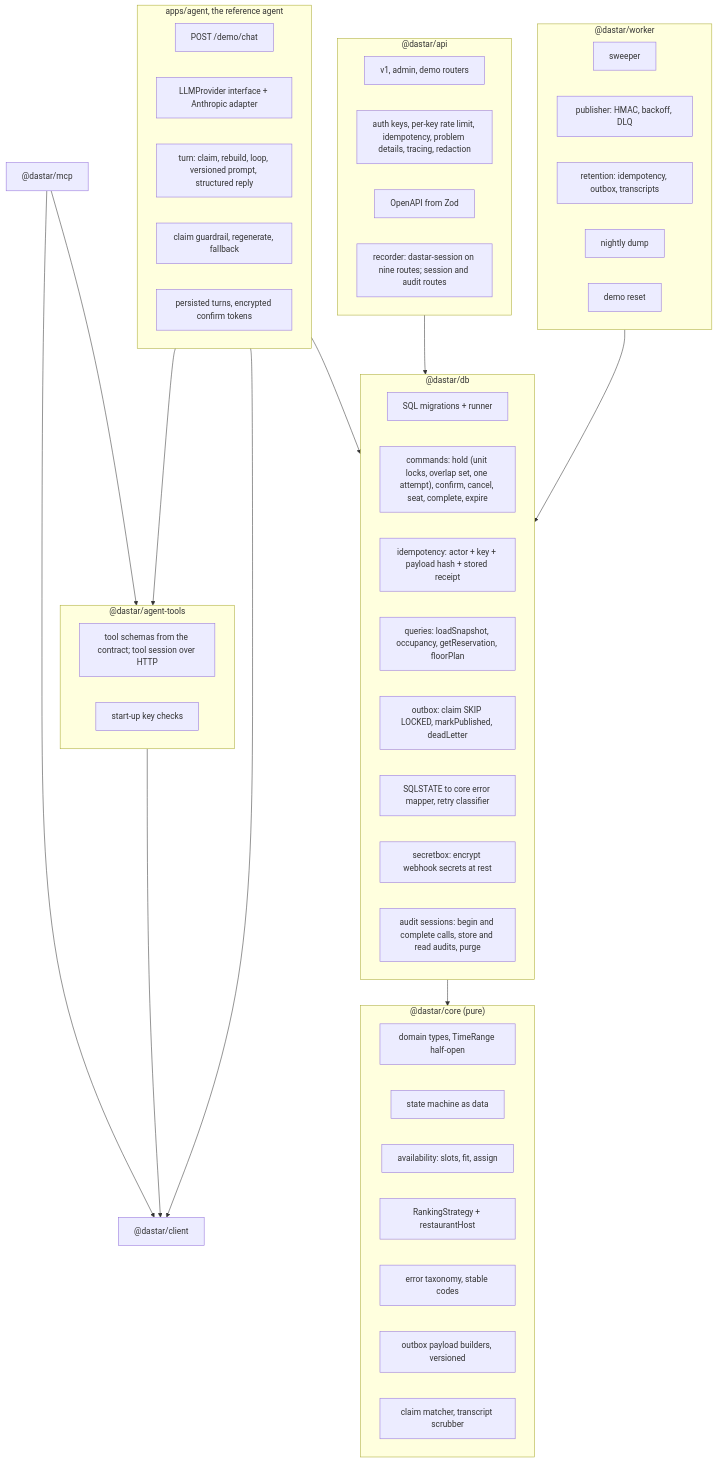
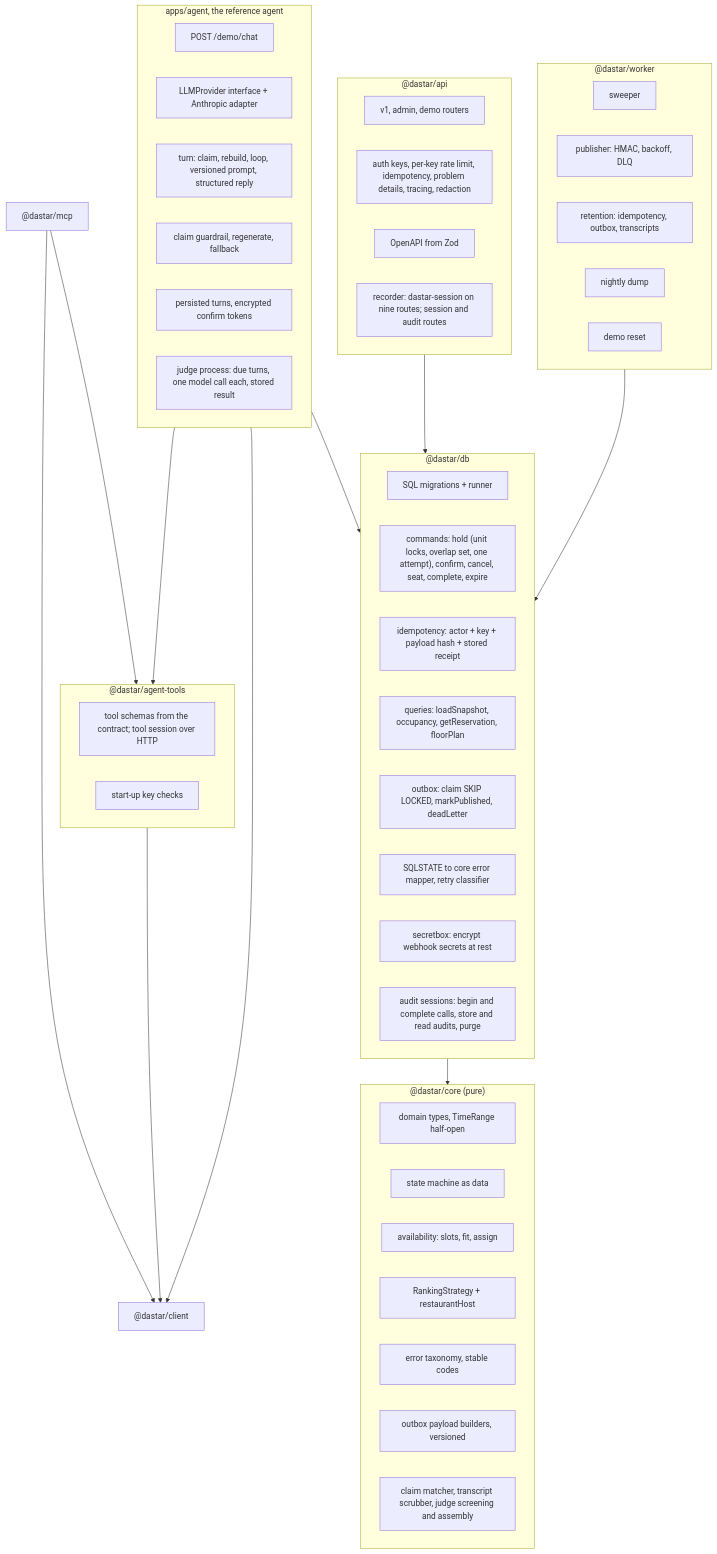
One commit to Zhan017/dastar changed the third of 3 diagrams in docs/design/design.md. Above: the diagram before and after it, drawn with Mermaid. The commit also changed other lines of this file and 5 other files, not shown here.

````diff
--- a/docs/design/design.md
+++ b/docs/design/design.md
@@ -188,57 +188,58 @@
 ```mermaid
 flowchart TB
   subgraph core["@dastar/core (pure)"]
     dom["domain types, TimeRange half-open"]
     sm["state machine as data"]
     avail["availability: slots, fit, assign"]
     rank["RankingStrategy + restaurantHost"]
     errs["error taxonomy, stable codes"]
     events["outbox payload builders, versioned"]
-    claims["claim matcher, transcript scrubber"]
+    claims["claim matcher, transcript scrubber, judge screening and assembly"]
   end
   subgraph db["@dastar/db"]
     mig["SQL migrations + runner"]
     cmd["commands: hold (unit locks, overlap set, one attempt), confirm, cancel, seat, complete, expire"]
     idem["idempotency: actor + key + payload hash + stored receipt"]
     snap["queries: loadSnapshot, occupancy, getReservation, floorPlan"]
     outbox["outbox: claim SKIP LOCKED, markPublished, deadLetter"]
     map["SQLSTATE to core error mapper, retry classifier"]
     crypto["secretbox: encrypt webhook secrets at rest"]
     asess["audit sessions: begin and complete calls, store and read audits, purge"]
   end
   subgraph api["@dastar/api"]
     routes["v1, admin, demo routers"]
     mw["auth keys, per-key rate limit, idempotency, problem details, tracing, redaction"]
     oapi["OpenAPI from Zod"]
     rec["recorder: dastar-session on nine routes; session and audit routes"]
   end
   subgraph worker["@dastar/worker"]
     sweep["sweeper"]
     pub["publisher: HMAC, backoff, DLQ"]
     retention["retention: idempotency, outbox, transcripts"]
     backup["nightly dump"]
     reset["demo reset"]
   end
   subgraph atools["@dastar/agent-tools"]
     tools["tool schemas from the contract; tool session over HTTP"]
     keycheck["start-up key checks"]
   end
   subgraph agent["apps/agent, the reference agent"]
     route["POST /demo/chat"]
     prov["LLMProvider interface + Anthropic adapter"]
     loop["turn: claim, rebuild, loop, versioned prompt, structured reply"]
     guard["claim guardrail, regenerate, fallback"]
     sess["persisted turns, encrypted confirm tokens"]
+    judge["judge process: due turns, one model call each, stored result"]
   end
   mcp["@dastar/mcp"]
   client["@dastar/client"]
   db --> core
   api --> db
   worker --> db
   atools --> client
   agent --> atools
   agent --> client
   agent --> db
   mcp --> atools
   mcp --> client
 ```
````
